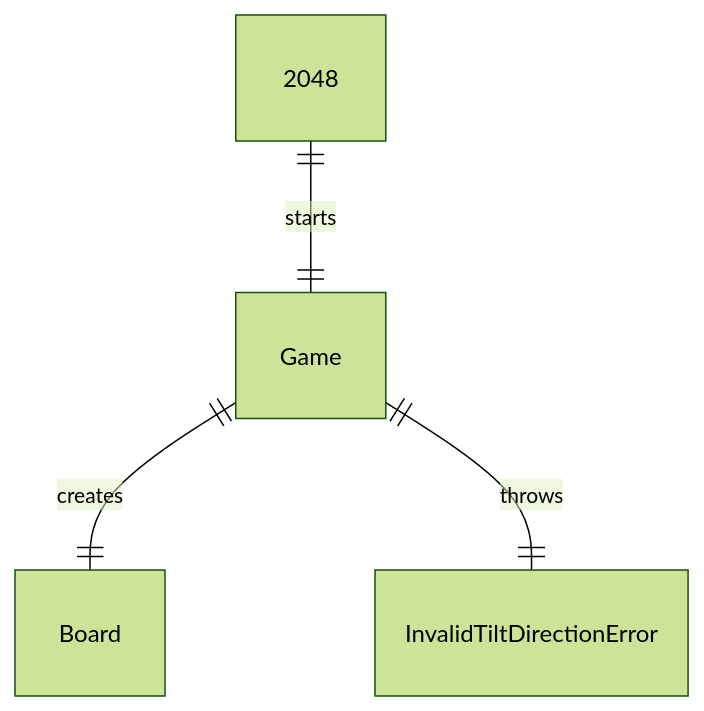
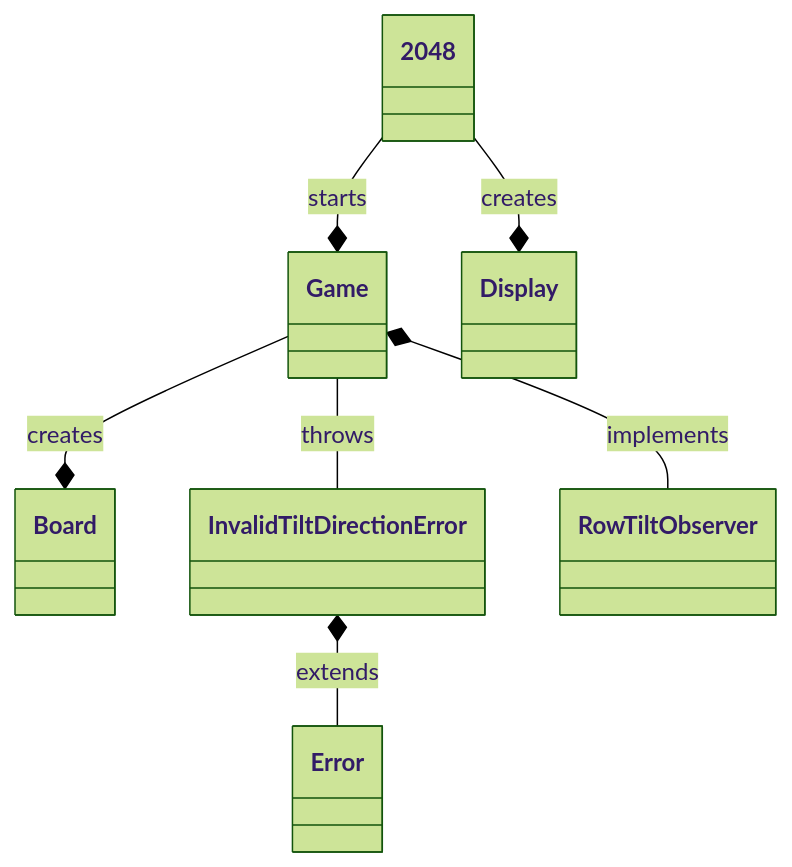
Before and after one commit to andeemarks/2048: the diagram in README.md, drawn with Mermaid (forest theme).

Commit message:
Switched to Class Diagram

````diff
--- a/README.md
+++ b/README.md
@@ -37,7 +37,10 @@
 ```mermaid
 
-erDiagram
-    2048||--||Game: starts
-    Game||--||Board: creates
-    Game||--||InvalidTiltDirectionError: throws
+classDiagram
+    2048--*Game: starts
+    2048--*Display: creates
+    Game--*Board: creates
+    Game--InvalidTiltDirectionError: throws
+    Game*--RowTiltObserver: implements
+    InvalidTiltDirectionError*--Error: extends
 ```
````
